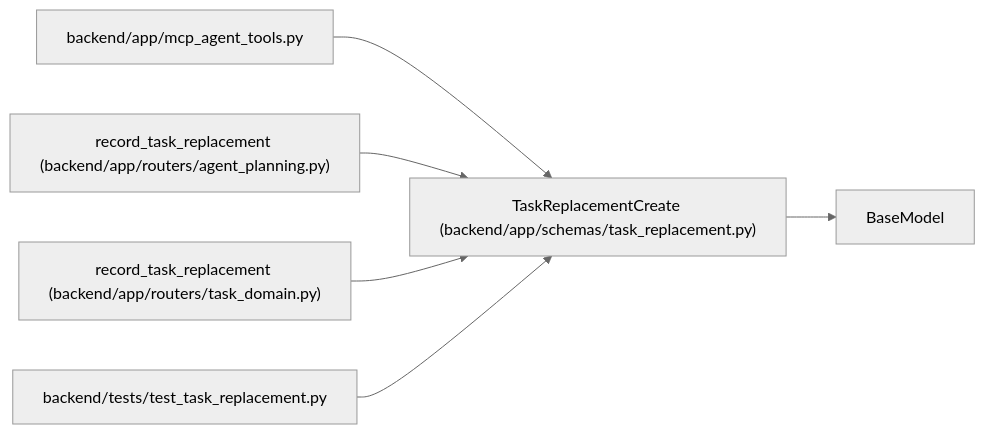
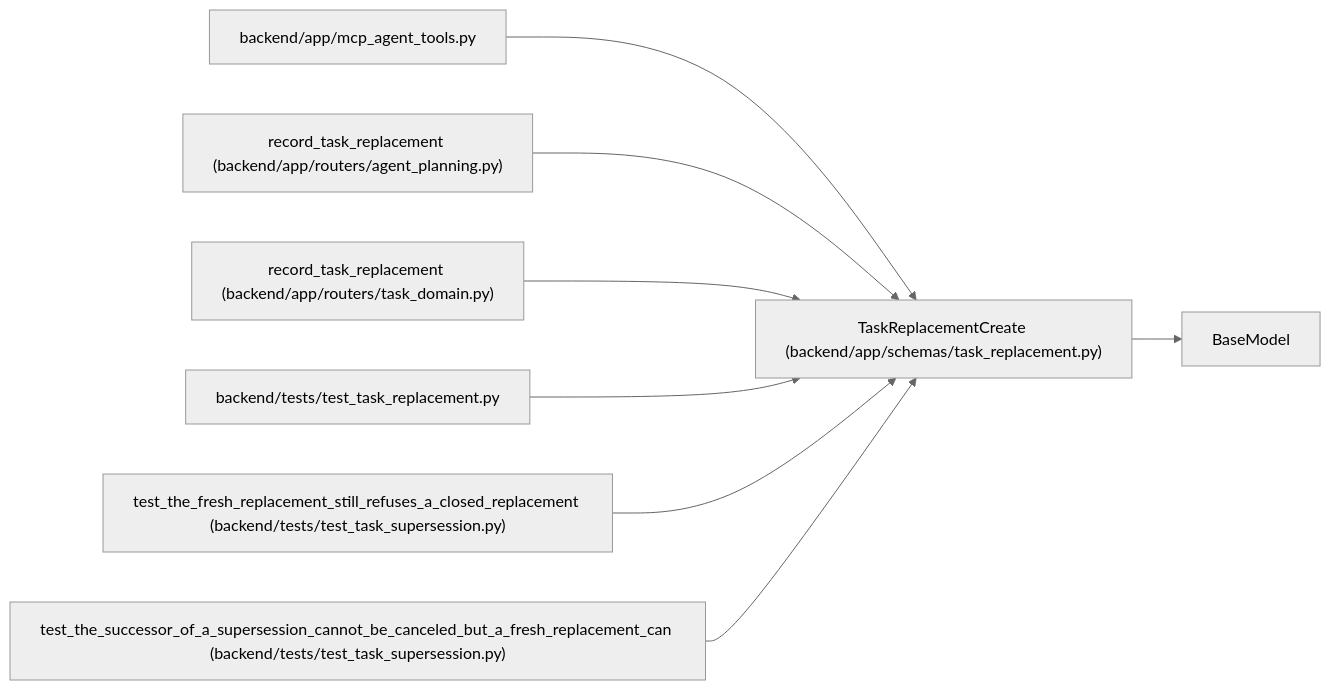
One commit to Denissvgn/WorkChord changed the diagram in docs/llm_wiki/entities/TaskReplacementCreate.md. Above: the diagram before and after it, drawn with Mermaid (neutral theme). The commit also changed other lines of this file and 693 other files, not shown here.

Commit message:
Sync the architectural wiki for superseding work with an accepted successor

````diff
--- a/docs/llm_wiki/entities/TaskReplacementCreate.md
+++ b/docs/llm_wiki/entities/TaskReplacementCreate.md
@@ -47,19 +47,25 @@
 ```mermaid
 flowchart LR
     n0["TaskReplacementCreate (backend/app/schemas/task_replacement.py)"]
     n1["BaseModel"]
     n2["backend/app/mcp_agent_tools.py"]
     n3["record_task_replacement (backend/app/routers/agent_planning.py)"]
     n4["record_task_replacement (backend/app/routers/task_domain.py)"]
     n5["backend/tests/test_task_replacement.py"]
+    n6["test_the_fresh_replacement_still_refuses_a_closed_replacement (backend/tests/test_task_supersession.py)"]
+    n7["test_the_successor_of_a_supersession_cannot_be_canceled_but_a_fresh_replacement_can (backend/tests/test_task_supersession.py)"]
     n0 --> n1
     n2 --> n0
     n3 --> n0
     n4 --> n0
     n5 --> n0
+    n6 --> n0
+    n7 --> n0
     click n0 "../modules/schemas_task_replacement.md"
     click n2 "../modules/mcp_agent_tools.md"
     click n3 "../modules/routers_agent_planning.md"
     click n4 "../modules/routers_task_domain.md"
     click n5 "../modules/test_task_replacement.md"
+    click n6 "../modules/test_task_supersession.md"
+    click n7 "../modules/test_task_supersession.md"
 ```
````
